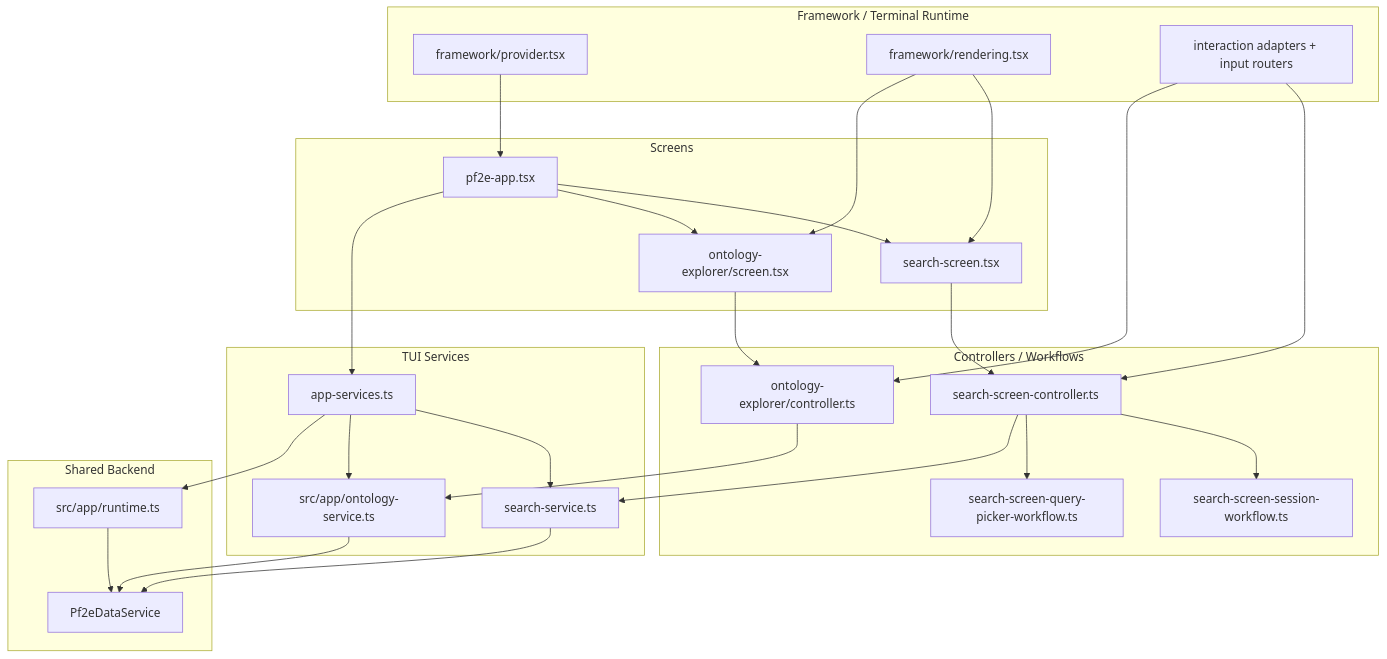
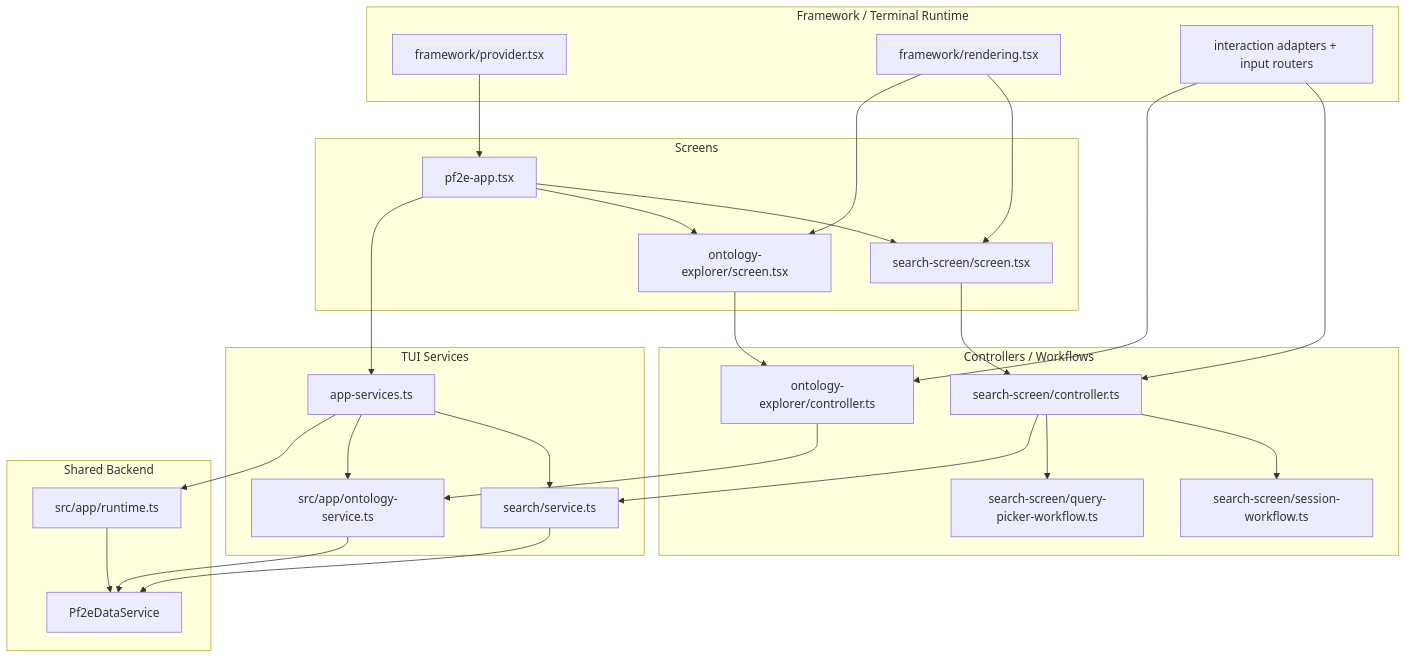
The second of 2 diagrams in docs/architecture/tui.md (e-kosten/pf2e-atlas), drawn with Mermaid before and after one commit. The commit also changed other lines of this file and 30 other files, not shown here.

First line of the commit message:
refactor(tui): relayout search screen sources

````diff
--- a/docs/architecture/tui.md
+++ b/docs/architecture/tui.md
@@ -133,57 +133,57 @@
 ```mermaid
 flowchart TD
   subgraph Framework["Framework / Terminal Runtime"]
     Provider["`framework/provider.tsx`"]
     Rendering["`framework/rendering.tsx`"]
     Input["interaction adapters + input routers"]
   end
 
   subgraph Screens["Screens"]
     App["`pf2e-app.tsx`"]
-    SearchScreen["`search-screen.tsx`"]
+    SearchScreen["`search-screen/screen.tsx`"]
     OntologyScreen["`ontology-explorer/screen.tsx`"]
   end
 
   subgraph Controllers["Controllers / Workflows"]
-    SearchController["`search-screen-controller.ts`"]
-    SearchWorkflow["`search-screen-session-workflow.ts`"]
-    PickerWorkflow["`search-screen-query-picker-workflow.ts`"]
+    SearchController["`search-screen/controller.ts`"]
+    SearchWorkflow["`search-screen/session-workflow.ts`"]
+    PickerWorkflow["`search-screen/query-picker-workflow.ts`"]
     OntologyController["`ontology-explorer/controller.ts`"]
   end
 
   subgraph Services["TUI Services"]
     AppServices["`app-services.ts`"]
-    SearchService["`search-service.ts`"]
+    SearchService["`search/service.ts`"]
     OntologyService["`src/app/ontology-service.ts`"]
   end
 
   subgraph Backend["Shared Backend"]
     Runtime["`src/app/runtime.ts`"]
     Data["`Pf2eDataService`"]
   end
 
   Provider --> App
   Rendering --> SearchScreen
   Rendering --> OntologyScreen
   Input --> SearchController
   Input --> OntologyController
 
   App --> SearchScreen
   App --> OntologyScreen
   App --> AppServices
 
   SearchScreen --> SearchController
   SearchController --> SearchWorkflow
   SearchController --> PickerWorkflow
   SearchController --> SearchService
 
   OntologyScreen --> OntologyController
   OntologyController --> OntologyService
 
   AppServices --> SearchService
   AppServices --> OntologyService
   AppServices --> Runtime
   SearchService --> Data
   OntologyService --> Data
   Runtime --> Data
 ```
````
